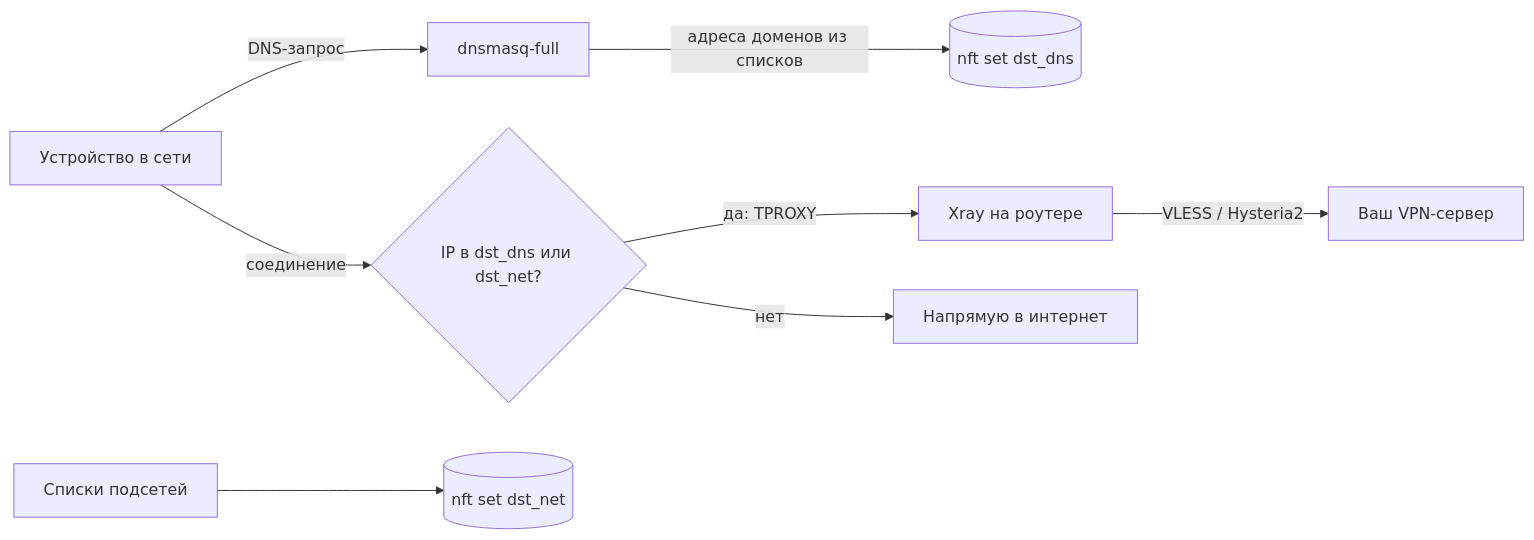
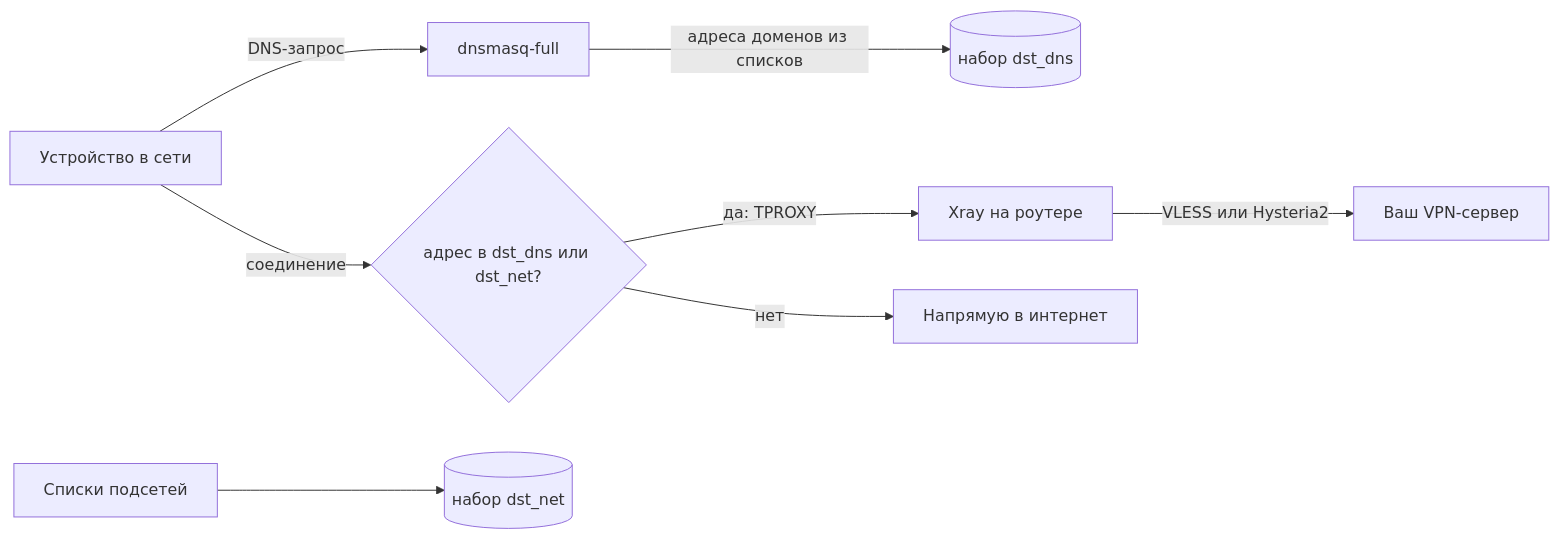
Before and after one commit to Rozsario/luci-app-xroute: the diagram in README.md, drawn with Mermaid. The commit also changed other lines of this file and 3 other files, not shown here.

````diff
--- a/README.md
+++ b/README.md
@@ -17,10 +18,10 @@
 ```mermaid
 flowchart LR
     D[Устройство в сети] -->|DNS-запрос| M[dnsmasq-full]
-    M -->|адреса доменов из списков| S[(nft set dst_dns)]
-    L[Списки подсетей] --> N[(nft set dst_net)]
-    D -->|соединение| P{IP в dst_dns или dst_net?}
+    M -->|адреса доменов из списков| S[(набор dst_dns)]
+    L[Списки подсетей] --> N[(набор dst_net)]
+    D -->|соединение| P{адрес в dst_dns или dst_net?}
     P -->|да: TPROXY| X[Xray на роутере]
-    X -->|VLESS / Hysteria2| V[Ваш VPN-сервер]
+    X -->|VLESS или Hysteria2| V[Ваш VPN-сервер]
     P -->|нет| I[Напрямую в интернет]
 ```
````
